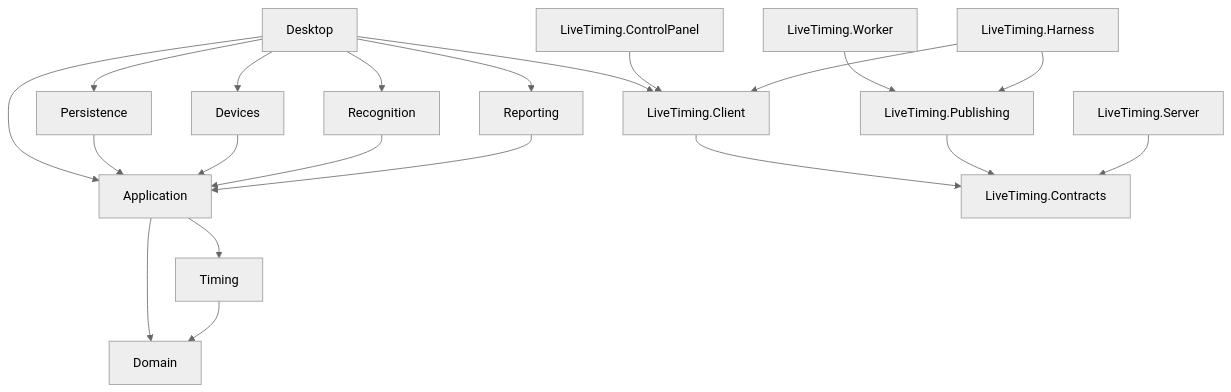
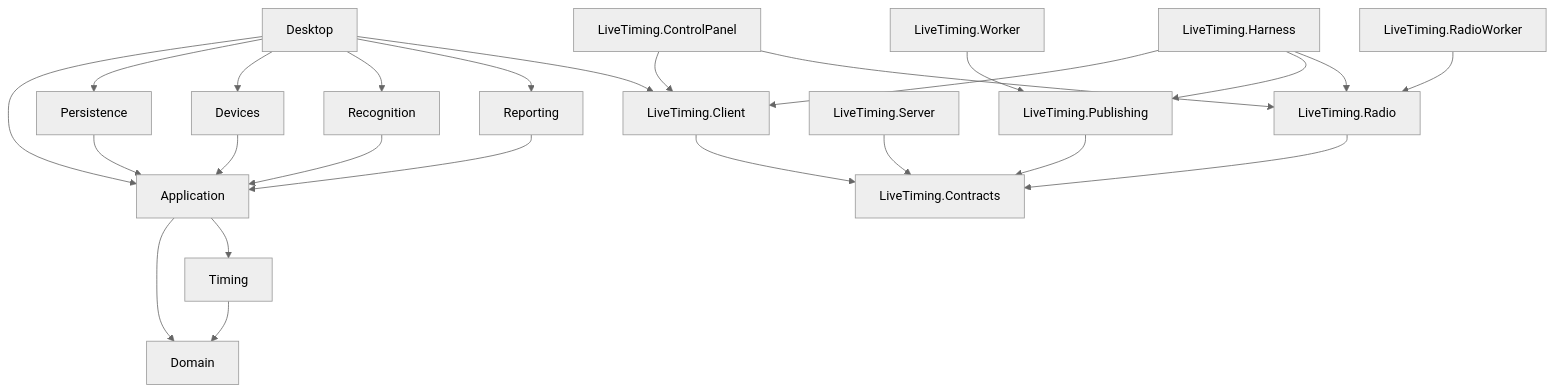
Before and after one commit to tnakeli/OpenSkiTime: the second of 5 diagrams in docs/architecture.md, drawn with Mermaid (neutral theme). The commit also changed other lines of this file and 69 other files, not shown here.

First line of the commit message:
Add optional AI race radio for Standalone live timing

````diff
--- a/docs/architecture.md
+++ b/docs/architecture.md
@@ -54,23 +56,27 @@
 ```mermaid
 flowchart TB
     Desktop[Desktop] --> Application[Application]
     Desktop --> Persistence[Persistence]
     Desktop --> Devices[Devices]
     Desktop --> Recognition[Recognition]
     Desktop --> Reporting[Reporting]
     Persistence --> Application
     Devices --> Application
     Recognition --> Application
     Reporting --> Application
     Application --> Domain[Domain]
     Application --> Timing[Timing]
     Timing --> Domain
     Desktop --> Client[LiveTiming.Client]
     Panel[LiveTiming.ControlPanel] --> Client
     Client --> Contracts[LiveTiming.Contracts]
     Worker[LiveTiming.Worker] --> Publishing[LiveTiming.Publishing]
     Publishing --> Contracts
     Server[LiveTiming.Server] --> Contracts
+    Panel --> Radio[LiveTiming.Radio]
+    RadioWorker[LiveTiming.RadioWorker] --> Radio
+    Radio --> Contracts
     Harness[LiveTiming.Harness] --> Client
     Harness --> Publishing
+    Harness --> Radio
 ```
````
